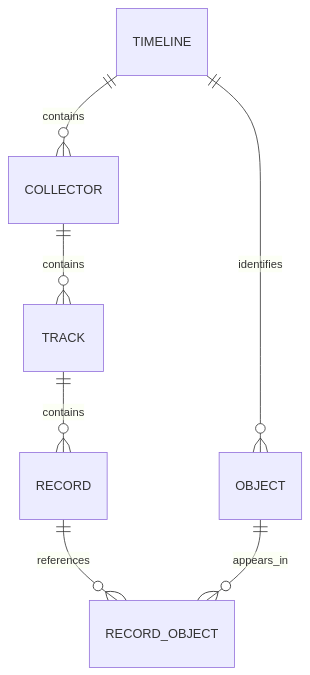
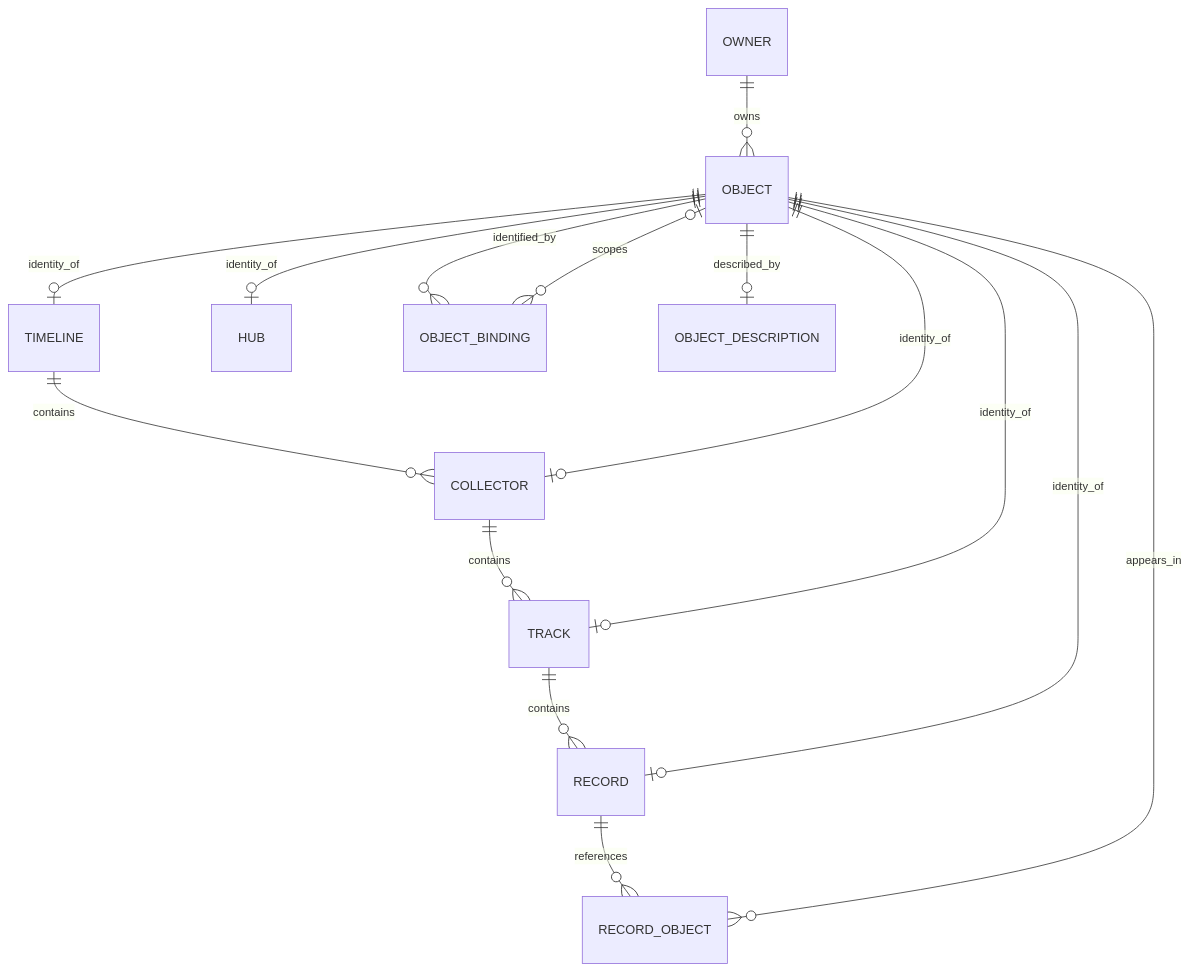
The diagram in docs/recording-storage-model.md (shenxianovo/Heartbeat), drawn with Mermaid before and after one commit. The commit also changed other lines of this file and 77 other files, not shown here.

First line of the commit message:
refactor: unify application object identity and discovery

````diff
--- a/docs/recording-storage-model.md
+++ b/docs/recording-storage-model.md
@@ -9,9 +9,17 @@
 ```mermaid
 erDiagram
     TIMELINE ||--o{ COLLECTOR : contains
     COLLECTOR ||--o{ TRACK : contains
     TRACK ||--o{ RECORD : contains
-    TIMELINE ||--o{ OBJECT : identifies
+    OWNER ||--o{ OBJECT : owns
+    OBJECT ||--o| TIMELINE : identity_of
+    OBJECT ||--o| COLLECTOR : identity_of
+    OBJECT ||--o| TRACK : identity_of
+    OBJECT ||--o| RECORD : identity_of
+    OBJECT ||--o| HUB : identity_of
+    OBJECT ||--o{ OBJECT_BINDING : identified_by
+    OBJECT |o--o{ OBJECT_BINDING : scopes
+    OBJECT ||--o| OBJECT_DESCRIPTION : described_by
     RECORD ||--o{ RECORD_OBJECT : references
     OBJECT ||--o{ RECORD_OBJECT : appears_in
 ```
````
